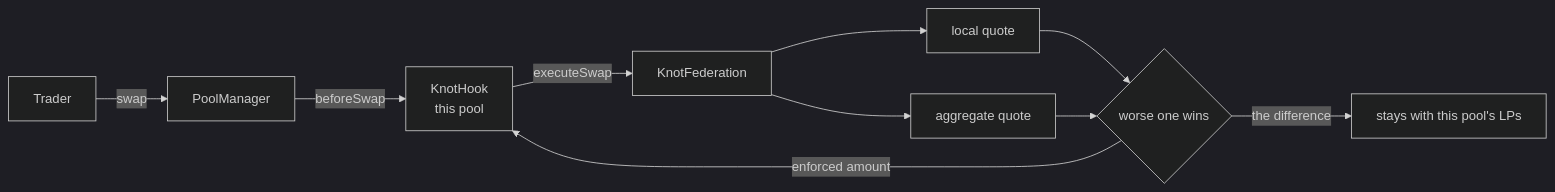
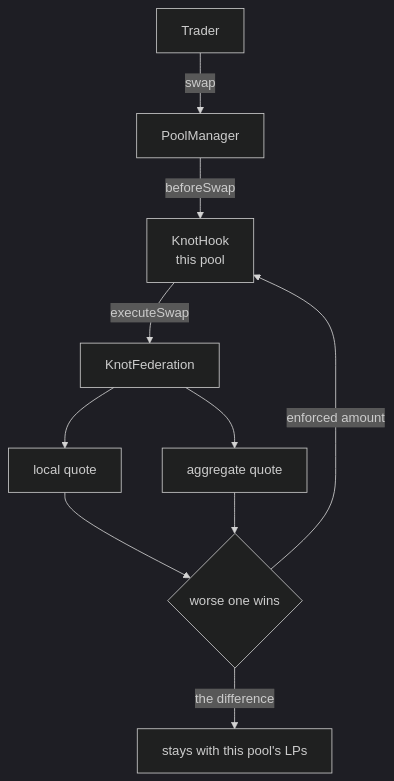
One commit to Hijanhv/knot-hook changed the diagram in apps/docs/introduction.mdx. Above: the diagram before and after it, drawn with Mermaid (dark theme). The commit also changed 4 other files, not shown here.

````diff
--- a/apps/docs/introduction.mdx
+++ b/apps/docs/introduction.mdx
@@ -16,12 +16,12 @@
 ```mermaid
-flowchart LR
+flowchart TB
     T["Trader"] -->|"swap"| PM["PoolManager"]
     PM -->|"beforeSwap"| H["KnotHook<br/>this pool"]
     H -->|"executeSwap"| F["KnotFederation"]
     F --> L["local quote"]
     F --> A["aggregate quote"]
     L --> W{"worse one wins"}
     A --> W
     W -->|"enforced amount"| H
     W -->|"the difference"| LP["stays with this pool's LPs"]
 ```
````
